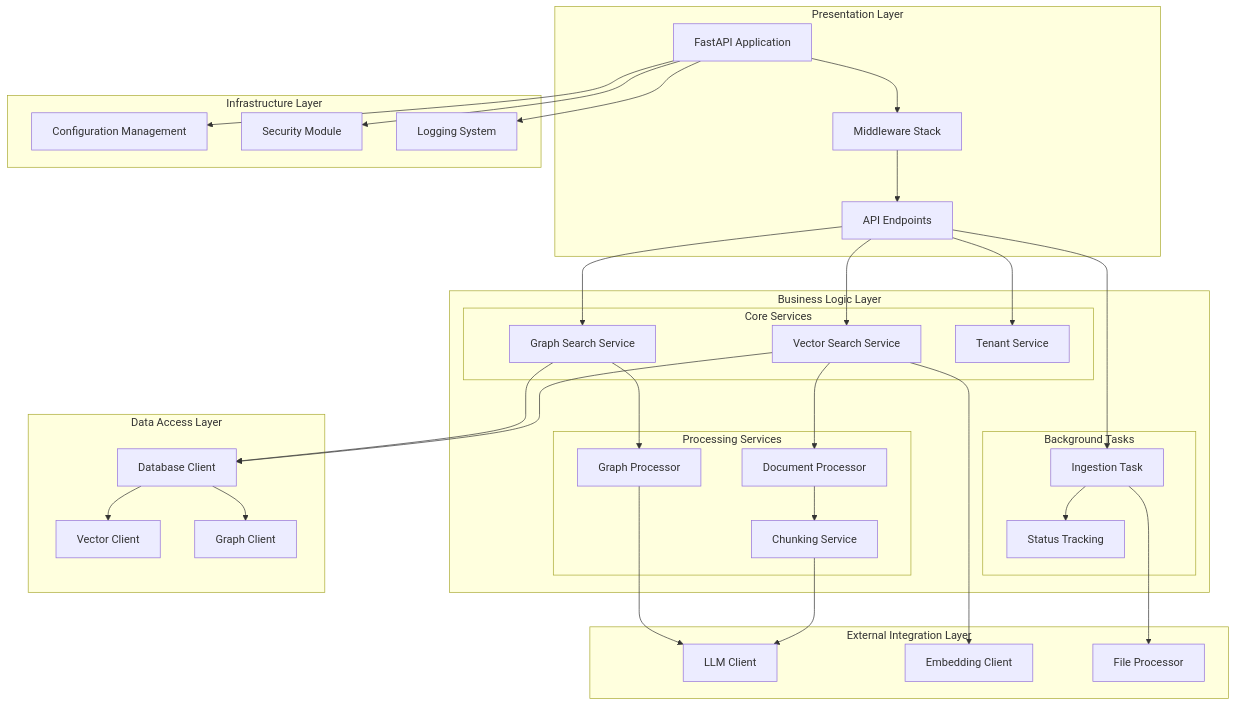
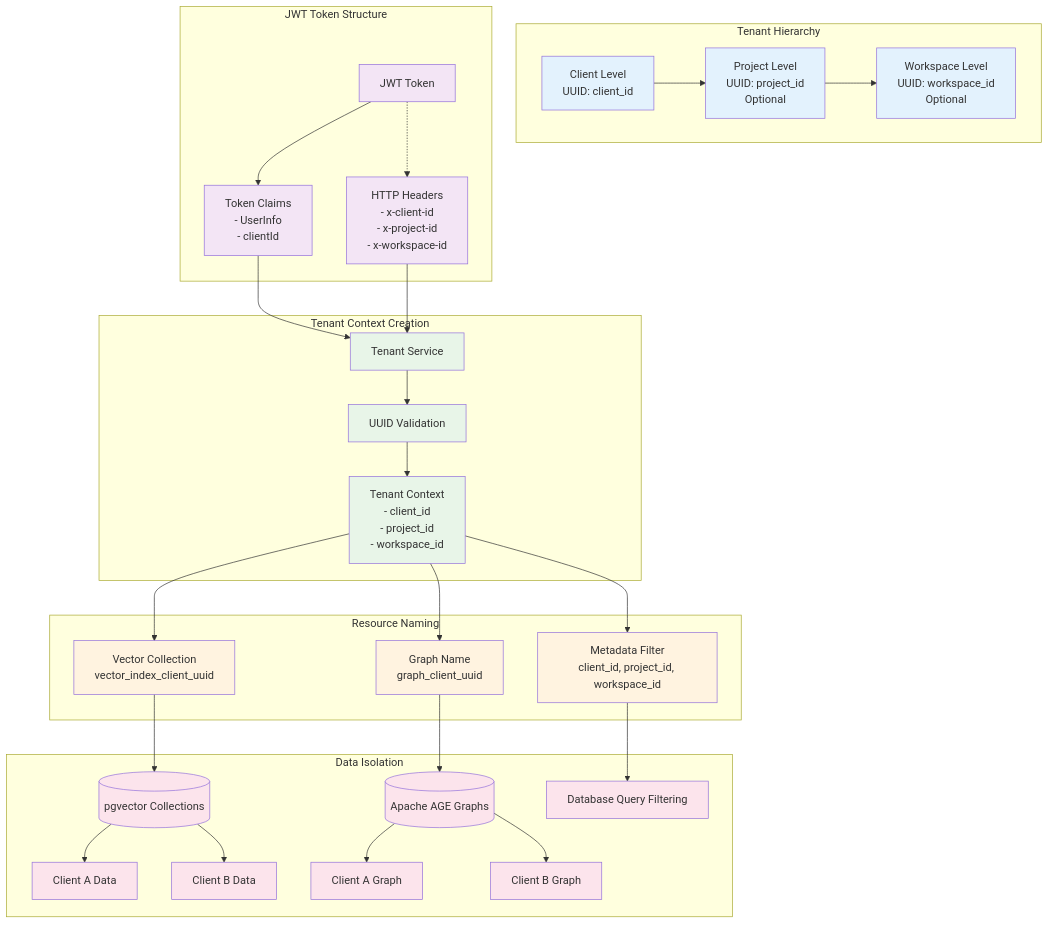
Before and after one commit to lkiitkgp/1: the third of 12 diagrams in README.md, drawn with Mermaid. The commit also changed other lines of this file, not shown here.

````diff
--- a/README.md
+++ b/README.md
@@ -133,72 +283,61 @@
 ```mermaid
 graph TB
-    subgraph "Presentation Layer"
-        FASTAPI[FastAPI Application]
-        MIDDLEWARE[Middleware Stack]
-        ENDPOINTS[API Endpoints]
+    subgraph "Tenant Hierarchy"
+        Client[Client Level<br/>UUID: client_id]
+        Project[Project Level<br/>UUID: project_id<br/>Optional]
+        Workspace[Workspace Level<br/>UUID: workspace_id<br/>Optional]
+        
+        Client --> Project
+        Project --> Workspace
     end
     
-    subgraph "Business Logic Layer"
-        subgraph "Core Services"
-            VS[Vector Search Service]
-            GS[Graph Search Service]
-            TS[Tenant Service]
-        end
+    subgraph "JWT Token Structure"
+        JWT[JWT Token]
+        Claims[Token Claims<br/>- UserInfo<br/>- clientId]
+        Headers[HTTP Headers<br/>- x-client-id<br/>- x-project-id<br/>- x-workspace-id]
         
-        subgraph "Processing Services"
-            DOC_PROC[Document Processor]
-            CHUNK_SVC[Chunking Service]
-            GRAPH_PROC[Graph Processor]
-        end
-        
-        subgraph "Background Tasks"
-            INGEST_TASK[Ingestion Task]
-            STATUS_TRACK[Status Tracking]
-        end
+        JWT --> Claims
+        JWT -.-> Headers
     end
     
-    subgraph "Data Access Layer"
-        DB_CLIENT[Database Client]
-        VECTOR_CLIENT[Vector Client]
-        GRAPH_CLIENT[Graph Client]
+    subgraph "Tenant Context Creation"
+        TenantService[Tenant Service]
+        Validation[UUID Validation]
+        Context[Tenant Context<br/>- client_id<br/>- project_id<br/>- workspace_id]
+        
+        Claims --> TenantService
+        Headers --> TenantService
+        TenantService --> Validation
+        Validation --> Context
     end
     
-    subgraph "Infrastructure Layer"
-        CONFIG[Configuration Management]
-        SECURITY[Security Module]
-        LOGGING[Logging System]
+    subgraph "Resource Naming"
+        Context --> CollectionName[Vector Collection<br/>vector_index_client_uuid]
+        Context --> GraphName[Graph Name<br/>graph_client_uuid]
+        Context --> FilterDict[Metadata Filter<br/>client_id, project_id, workspace_id]
     end
     
-    subgraph "External Integration Layer"
-        LLM_CLIENT[LLM Client]
-        EMBED_CLIENT[Embedding Client]
-        FILE_PROC[File Processor]
+    subgraph "Data Isolation"
+        CollectionName --> VectorDB[(pgvector Collections)]
+        GraphName --> GraphDB[(Apache AGE Graphs)]
+        FilterDict --> QueryFilter[Database Query Filtering]
+        
+        VectorDB --> TenantData1[Client A Data]
+        VectorDB --> TenantData2[Client B Data]
+        GraphDB --> TenantGraph1[Client A Graph]
+        GraphDB --> TenantGraph2[Client B Graph]
     end
     
-    FASTAPI --> MIDDLEWARE
-    MIDDLEWARE --> ENDPOINTS
-    ENDPOINTS --> VS
-    ENDPOINTS --> GS
-    ENDPOINTS --> TS
+    %% Styling
+    classDef hierarchyStyle fill:#e3f2fd
+    classDef jwtStyle fill:#f3e5f5
+    classDef contextStyle fill:#e8f5e8
+    classDef resourceStyle fill:#fff3e0
+    classDef isolationStyle fill:#fce4ec
     
-    VS --> DOC_PROC
-    GS --> GRAPH_PROC
-    DOC_PROC --> CHUNK_SVC
-    
-    ENDPOINTS --> INGEST_TASK
-    INGEST_TASK --> STATUS_TRACK
-    
-    VS --> DB_CLIENT
-    GS --> DB_CLIENT
-    DB_CLIENT --> VECTOR_CLIENT
-    DB_CLIENT --> GRAPH_CLIENT
-    
-    CHUNK_SVC --> LLM_CLIENT
-    GRAPH_PROC --> LLM_CLIENT
-    VS --> EMBED_CLIENT
-    INGEST_TASK --> FILE_PROC
-    
-    FASTAPI --> CONFIG
-    FASTAPI --> SECURITY
-    FASTAPI --> LOGGING
+    class Client,Project,Workspace hierarchyStyle
+    class JWT,Claims,Headers jwtStyle
+    class TenantService,Validation,Context contextStyle
+    class CollectionName,GraphName,FilterDict resourceStyle
+    class VectorDB,GraphDB,QueryFilter,TenantData1,TenantData2,TenantGraph1,TenantGraph2 isolationStyle
 ```
````
